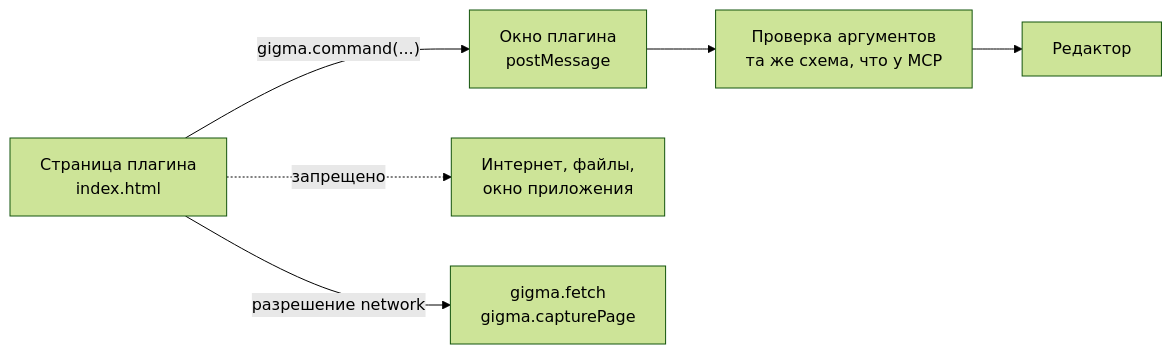
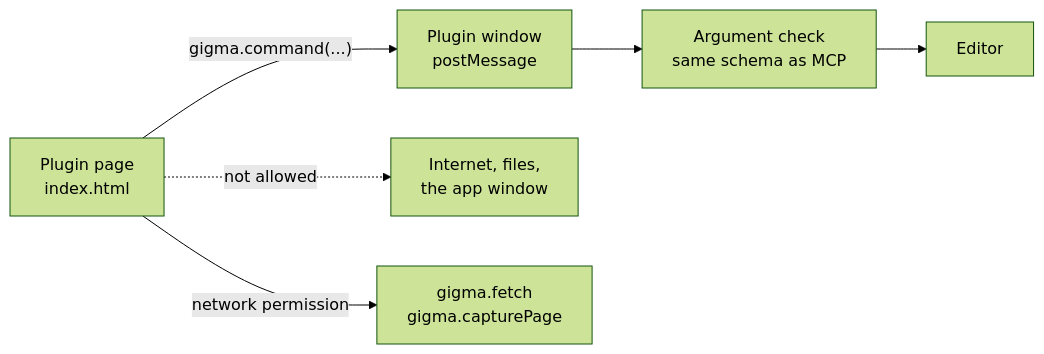
One commit to A01L/gigma changed the second of 4 diagrams in README.md. Above: the diagram before and after it, drawn with Mermaid (forest theme). The commit also changed other lines of this file, not shown here.

````diff
--- a/README.md
+++ b/README.md
@@ -171,8 +173,8 @@
 ```mermaid
 flowchart LR
-    P["Страница плагина<br/>index.html"] -->|"gigma.command(...)"| H["Окно плагина<br/>postMessage"]
-    H --> V["Проверка аргументов<br/>та же схема, что у MCP"]
-    V --> E["Редактор"]
-    P -.->|запрещено| N["Интернет, файлы,<br/>окно приложения"]
-    P -->|"разрешение network"| W["gigma.fetch<br/>gigma.capturePage"]
+    P["Plugin page<br/>index.html"] -->|"gigma.command(...)"| H["Plugin window<br/>postMessage"]
+    H --> V["Argument check<br/>same schema as MCP"]
+    V --> E["Editor"]
+    P -.->|not allowed| N["Internet, files,<br/>the app window"]
+    P -->|"network permission"| W["gigma.fetch<br/>gigma.capturePage"]
 ```
````
